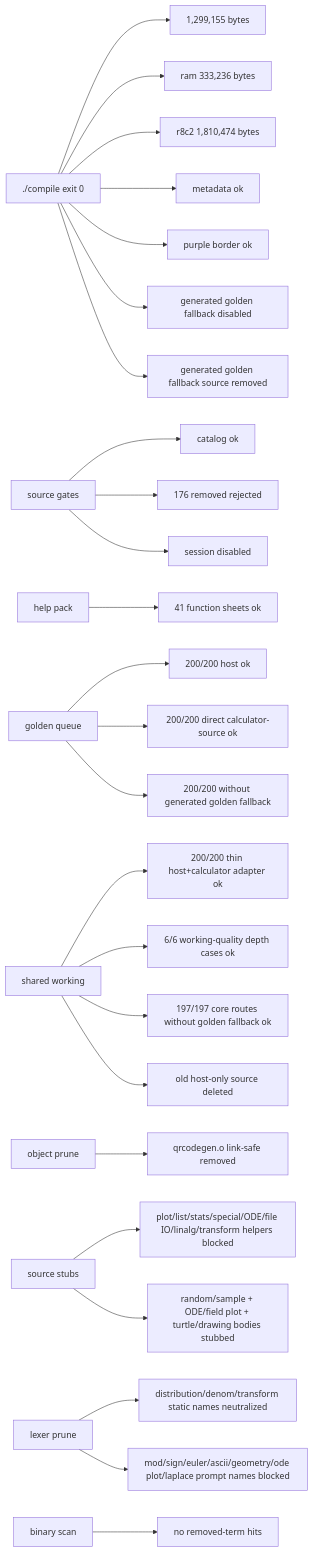
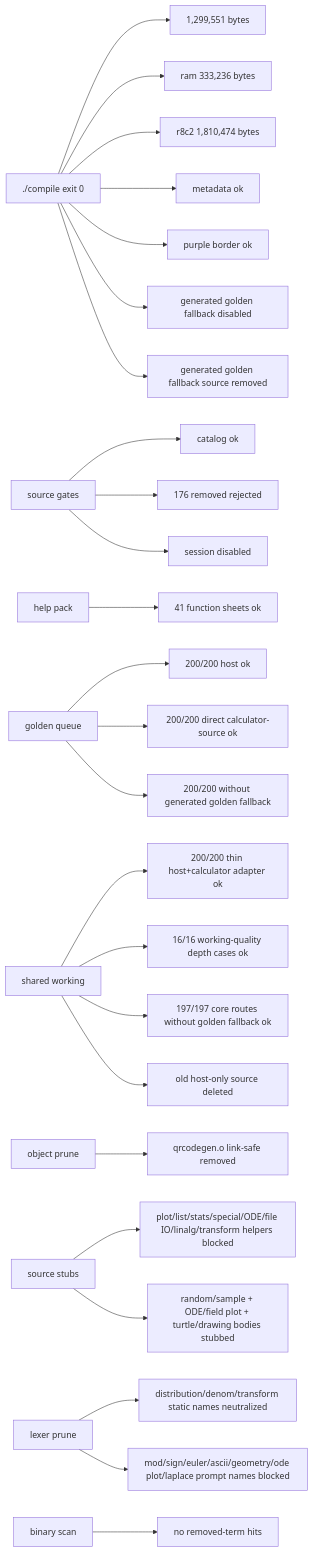
Before and after one commit to james8464/notes-addin-casio-fx-cg50: the seventh of 7 diagrams in docs/GRAPH.md, drawn with Mermaid. The commit also changed other lines of this file and 3 other files, not shown here.

Commit message:
test: broaden working quality gate

````diff
--- a/docs/GRAPH.md
+++ b/docs/GRAPH.md
@@ -160,27 +160,27 @@
 ```mermaid
 graph LR
-  Build["./compile exit 0"] --> Size["1,299,155 bytes"]
+  Build["./compile exit 0"] --> Size["1,299,551 bytes"]
   Build --> Ram["ram 333,236 bytes"]
   Build --> R8C2["r8c2 1,810,474 bytes"]
   Build --> Meta["metadata ok"]
   Build --> Border["purple border ok"]
   Build --> NoRuntimeFallback["generated golden fallback disabled"]
   Build --> NoRuntimeSource["generated golden fallback source removed"]
   Source["source gates"] --> Catalog["catalog ok"]
   Source --> Removed["176 removed rejected"]
   Source --> Session["session disabled"]
   Help["help pack"] --> HelpQ["41 function sheets ok"]
   Queue["golden queue"] --> QueueRun["200/200 host ok"]
   Queue --> GoldenRun["200/200 direct calculator-source ok"]
   Queue --> NoGolden["200/200 without generated golden fallback"]
   Shared["shared working"] --> SharedRun["200/200 thin host+calculator adapter ok"]
-  Shared --> WorkQ["6/6 working-quality depth cases ok"]
+  Shared --> WorkQ["16/16 working-quality depth cases ok"]
   Shared --> CoreRun["197/197 core routes without golden fallback ok"]
   Shared --> NoHostSrc["old host-only source deleted"]
   Obj["object prune"] --> QR["qrcodegen.o link-safe removed"]
   Macro["source stubs"] --> Stubbed["plot/list/stats/special/ODE/file IO/linalg/transform helpers blocked"]
   Macro --> RuntimeStubbed["random/sample + ODE/field plot + turtle/drawing bodies stubbed"]
   Static["lexer prune"] --> StaticRun["distribution/denom/transform static names neutralized"]
   Static --> PromptRun["mod/sign/euler/ascii/geometry/ode plot/laplace prompt names blocked"]
   Bin["binary scan"] --> NoLeak["no removed-term hits"]
 ```
````
